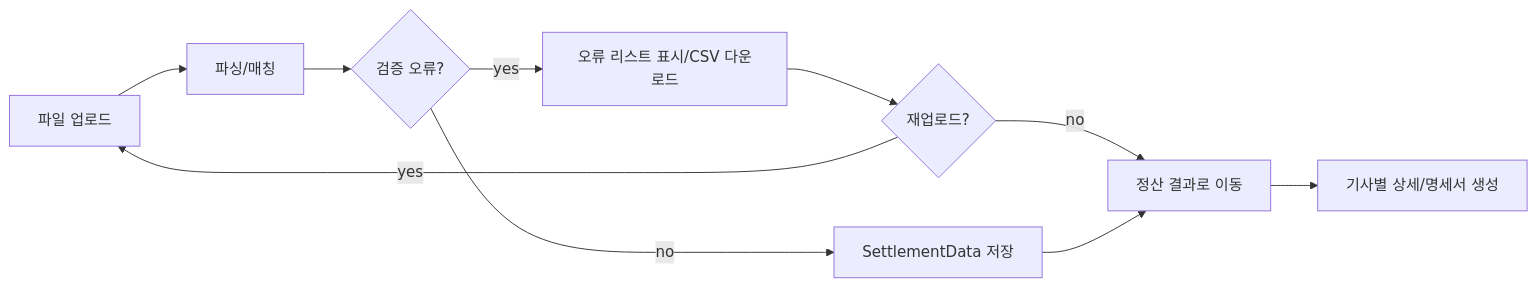
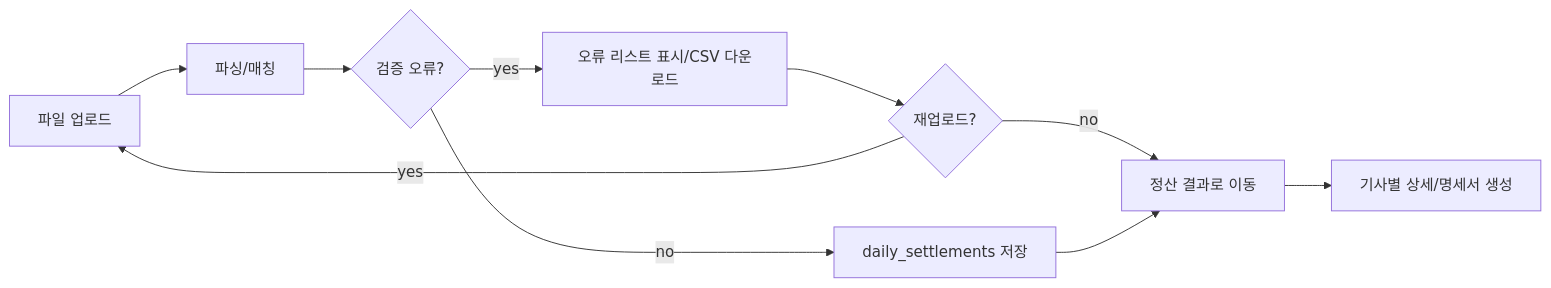
The first of 2 diagrams in docs/PRD.md (DreamProjectKR/flowrider), drawn with Mermaid before and after one commit. The commit also changed other lines of this file and 3 other files, not shown here.

Commit message:
Update documentation to reflect new data model terminology, replacing 'SettlementData' with 'daily_settlements' and 'PayslipGenerated' with 'payslips'. Revise sections in Data-Model.md, ERD.md, Flows.md, and PRD.md for consistency and clarity in the context of Supabase integration.

````diff
--- a/docs/PRD.md
+++ b/docs/PRD.md
@@ -67,12 +68,12 @@
 ```mermaid
 flowchart LR
 upload[파일 업로드] --> parse[파싱/매칭]
 parse --> decision{검증 오류?}
 decision -- yes --> errors[오류 리스트 표시/CSV 다운로드]
-decision -- no --> writeDb[SettlementData 저장]
+decision -- no --> writeDb[daily_settlements 저장]
 errors --> nextAction{재업로드?}
 nextAction -- yes --> upload
 nextAction -- no --> resultPage[정산 결과로 이동]
 writeDb --> resultPage[정산 결과로 이동]
 resultPage --> detail[기사별 상세/명세서 생성]
 ```
````
